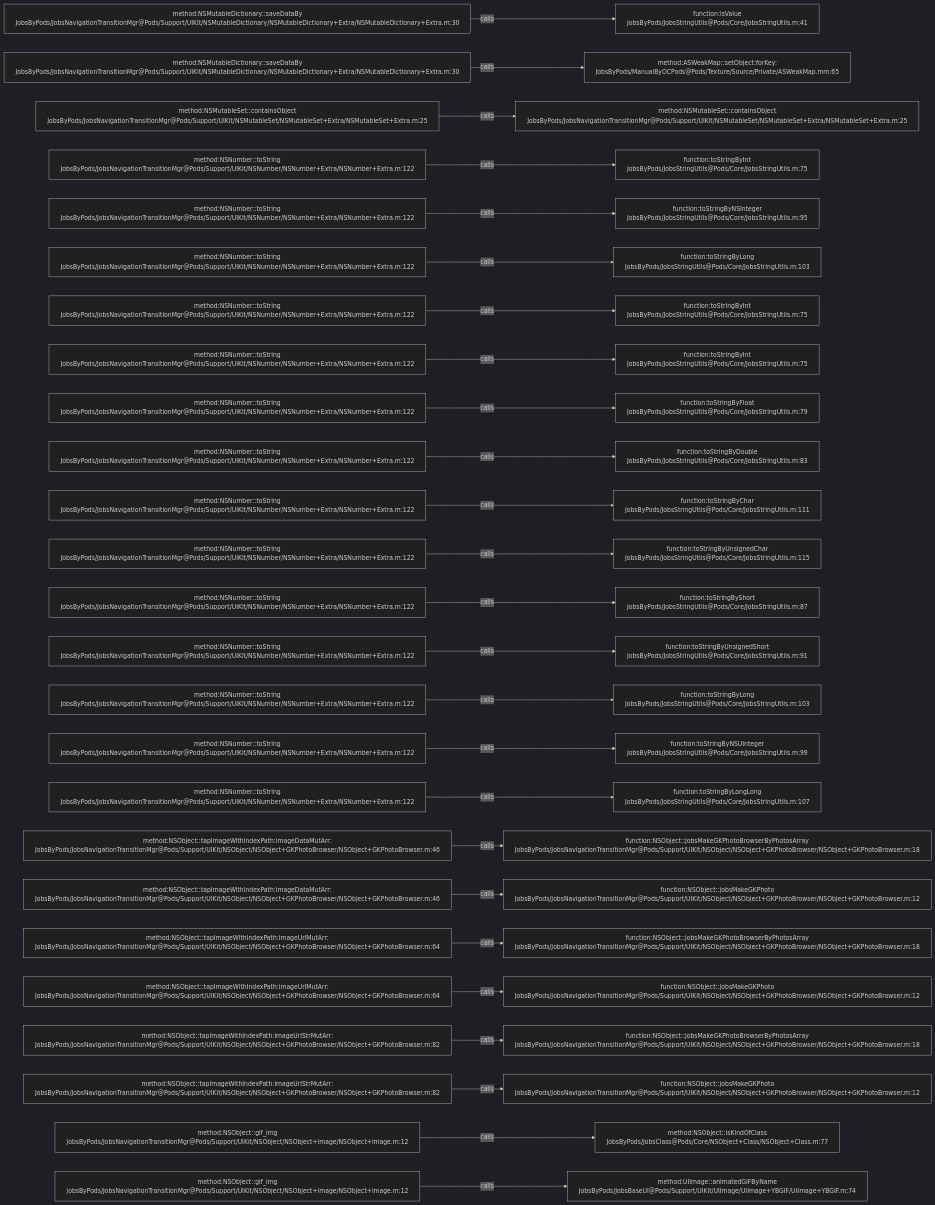
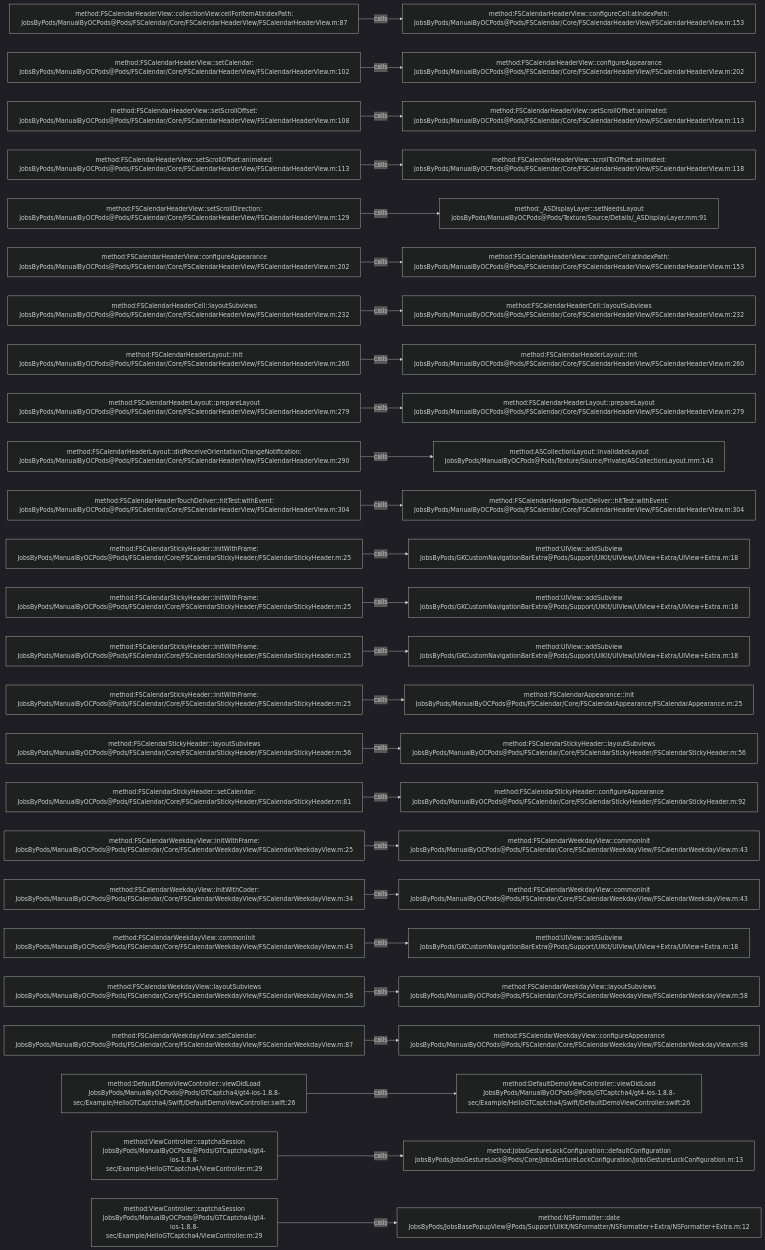
Before and after one commit to JobsKits/JobsOCBaseConfigDemo: the diagram in .codegraph/codegraph.md/graphs/calls-124.md, drawn with Mermaid (dark theme). The commit also changed 573 other files, not shown here.

````diff
--- a/.codegraph/codegraph.md/graphs/calls-124.md
+++ b/.codegraph/codegraph.md/graphs/calls-124.md
@@ -13,78 +13,78 @@
 ```mermaid
 flowchart LR
-  S1["method:NSMutableDictionary::saveDataBy<br/>JobsByPods/JobsNavigationTransitionMgr@Pods/Support/UIKit/NSMutableDictionary/NSMutableDictionary+Extra/NSMutableDictionary+Extra.m:30"]
-  T1["function:isValue<br/>JobsByPods/JobsStringUtils@Pods/Core/JobsStringUtils.m:41"]
+  S1["method:FSCalendarHeaderView::collectionView:cellForItemAtIndexPath:<br/>JobsByPods/ManualByOCPods@Pods/FSCalendar/Core/FSCalendarHeaderView/FSCalendarHeaderView.m:87"]
+  T1["method:FSCalendarHeaderView::configureCell:atIndexPath:<br/>JobsByPods/ManualByOCPods@Pods/FSCalendar/Core/FSCalendarHeaderView/FSCalendarHeaderView.m:153"]
   S1 -->|calls| T1
-  S2["method:NSMutableDictionary::saveDataBy<br/>JobsByPods/JobsNavigationTransitionMgr@Pods/Support/UIKit/NSMutableDictionary/NSMutableDictionary+Extra/NSMutableDictionary+Extra.m:30"]
-  T2["method:ASWeakMap::setObject:forKey:<br/>JobsByPods/ManualByOCPods@Pods/Texture/Source/Private/ASWeakMap.mm:65"]
+  S2["method:FSCalendarHeaderView::setCalendar:<br/>JobsByPods/ManualByOCPods@Pods/FSCalendar/Core/FSCalendarHeaderView/FSCalendarHeaderView.m:102"]
+  T2["method:FSCalendarHeaderView::configureAppearance<br/>JobsByPods/ManualByOCPods@Pods/FSCalendar/Core/FSCalendarHeaderView/FSCalendarHeaderView.m:202"]
   S2 -->|calls| T2
-  S3["method:NSMutableSet::containsObject<br/>JobsByPods/JobsNavigationTransitionMgr@Pods/Support/UIKit/NSMutableSet/NSMutableSet+Extra/NSMutableSet+Extra.m:25"]
-  T3["method:NSMutableSet::containsObject<br/>JobsByPods/JobsNavigationTransitionMgr@Pods/Support/UIKit/NSMutableSet/NSMutableSet+Extra/NSMutableSet+Extra.m:25"]
+  S3["method:FSCalendarHeaderView::setScrollOffset:<br/>JobsByPods/ManualByOCPods@Pods/FSCalendar/Core/FSCalendarHeaderView/FSCalendarHeaderView.m:108"]
+  T3["method:FSCalendarHeaderView::setScrollOffset:animated:<br/>JobsByPods/ManualByOCPods@Pods/FSCalendar/Core/FSCalendarHeaderView/FSCalendarHeaderView.m:113"]
   S3 -->|calls| T3
-  S4["method:NSNumber::toString<br/>JobsByPods/JobsNavigationTransitionMgr@Pods/Support/UIKit/NSNumber/NSNumber+Extra/NSNumber+Extra.m:122"]
-  T4["function:toStringByInt<br/>JobsByPods/JobsStringUtils@Pods/Core/JobsStringUtils.m:75"]
+  S4["method:FSCalendarHeaderView::setScrollOffset:animated:<br/>JobsByPods/ManualByOCPods@Pods/FSCalendar/Core/FSCalendarHeaderView/FSCalendarHeaderView.m:113"]
+  T4["method:FSCalendarHeaderView::scrollToOffset:animated:<br/>JobsByPods/ManualByOCPods@Pods/FSCalendar/Core/FSCalendarHeaderView/FSCalendarHeaderView.m:118"]
   S4 -->|calls| T4
-  S5["method:NSNumber::toString<br/>JobsByPods/JobsNavigationTransitionMgr@Pods/Support/UIKit/NSNumber/NSNumber+Extra/NSNumber+Extra.m:122"]
-  T5["function:toStringByNSInteger<br/>JobsByPods/JobsStringUtils@Pods/Core/JobsStringUtils.m:95"]
+  S5["method:FSCalendarHeaderView::setScrollDirection:<br/>JobsByPods/ManualByOCPods@Pods/FSCalendar/Core/FSCalendarHeaderView/FSCalendarHeaderView.m:129"]
+  T5["method:_ASDisplayLayer::setNeedsLayout<br/>JobsByPods/ManualByOCPods@Pods/Texture/Source/Details/_ASDisplayLayer.mm:91"]
   S5 -->|calls| T5
-  S6["method:NSNumber::toString<br/>JobsByPods/JobsNavigationTransitionMgr@Pods/Support/UIKit/NSNumber/NSNumber+Extra/NSNumber+Extra.m:122"]
-  T6["function:toStringByLong<br/>JobsByPods/JobsStringUtils@Pods/Core/JobsStringUtils.m:103"]
+  S6["method:FSCalendarHeaderView::configureAppearance<br/>JobsByPods/ManualByOCPods@Pods/FSCalendar/Core/FSCalendarHeaderView/FSCalendarHeaderView.m:202"]
+  T6["method:FSCalendarHeaderView::configureCell:atIndexPath:<br/>JobsByPods/ManualByOCPods@Pods/FSCalendar/Core/FSCalendarHeaderView/FSCalendarHeaderView.m:153"]
   S6 -->|calls| T6
-  S7["method:NSNumber::toString<br/>JobsByPods/JobsNavigationTransitionMgr@Pods/Support/UIKit/NSNumber/NSNumber+Extra/NSNumber+Extra.m:122"]
-  T7["function:toStringByInt<br/>JobsByPods/JobsStringUtils@Pods/Core/JobsStringUtils.m:75"]
+  S7["method:FSCalendarHeaderCell::layoutSubviews<br/>JobsByPods/ManualByOCPods@Pods/FSCalendar/Core/FSCalendarHeaderView/FSCalendarHeaderView.m:232"]
+  T7["method:FSCalendarHeaderCell::layoutSubviews<br/>JobsByPods/ManualByOCPods@Pods/FSCalendar/Core/FSCalendarHeaderView/FSCalendarHeaderView.m:232"]
   S7 -->|calls| T7
-  S8["method:NSNumber::toString<br/>JobsByPods/JobsNavigationTransitionMgr@Pods/Support/UIKit/NSNumber/NSNumber+Extra/NSNumber+Extra.m:122"]
-  T8["function:toStringByInt<br/>JobsByPods/JobsStringUtils@Pods/Core/JobsStringUtils.m:75"]
+  S8["method:FSCalendarHeaderLayout::init<br/>JobsByPods/ManualByOCPods@Pods/FSCalendar/Core/FSCalendarHeaderView/FSCalendarHeaderView.m:260"]
+  T8["method:FSCalendarHeaderLayout::init<br/>JobsByPods/ManualByOCPods@Pods/FSCalendar/Core/FSCalendarHeaderView/FSCalendarHeaderView.m:260"]
   S8 -->|calls| T8
-  S9["method:NSNumber::toString<br/>JobsByPods/JobsNavigationTransitionMgr@Pods/Support/UIKit/NSNumber/NSNumber+Extra/NSNumber+Extra.m:122"]
-  T9["function:toStringByFloat<br/>JobsByPods/JobsStringUtils@Pods/Core/JobsStringUtils.m:79"]
+  S9["method:FSCalendarHeaderLayout::prepareLayout<br/>JobsByPods/ManualByOCPods@Pods/FSCalendar/Core/FSCalendarHeaderView/FSCalendarHeaderView.m:279"]
+  T9["method:FSCalendarHeaderLayout::prepareLayout<br/>JobsByPods/ManualByOCPods@Pods/FSCalendar/Core/FSCalendarHeaderView/FSCalendarHeaderView.m:279"]
   S9 -->|calls| T9
-  S10["method:NSNumber::toString<br/>JobsByPods/JobsNavigationTransitionMgr@Pods/Support/UIKit/NSNumber/NSNumber+Extra/NSNumber+Extra.m:122"]
-  T10["function:toStringByDouble<br/>JobsByPods/JobsStringUtils@Pods/Core/JobsStringUtils.m:83"]
+  S10["method:FSCalendarHeaderLayout::didReceiveOrientationChangeNotification:<br/>JobsByPods/ManualByOCPods@Pods/FSCalendar/Core/FSCalendarHeaderView/FSCalendarHeaderView.m:290"]
+  T10["method:ASCollectionLayout::invalidateLayout<br/>JobsByPods/ManualByOCPods@Pods/Texture/Source/Private/ASCollectionLayout.mm:143"]
   S10 -->|calls| T10
-  S11["method:NSNumber::toString<br/>JobsByPods/JobsNavigationTransitionMgr@Pods/Support/UIKit/NSNumber/NSNumber+Extra/NSNumber+Extra.m:122"]
-  T11["function:toStringByChar<br/>JobsByPods/JobsStringUtils@Pods/Core/JobsStringUtils.m:111"]
+  S11["method:FSCalendarHeaderTouchDeliver::hitTest:withEvent:<br/>JobsByPods/ManualByOCPods@Pods/FSCalendar/Core/FSCalendarHeaderView/FSCalendarHeaderView.m:304"]
+  T11["method:FSCalendarHeaderTouchDeliver::hitTest:withEvent:<br/>JobsByPods/ManualByOCPods@Pods/FSCalendar/Core/FSCalendarHeaderView/FSCalendarHeaderView.m:304"]
   S11 -->|calls| T11
-  S12["method:NSNumber::toString<br/>JobsByPods/JobsNavigationTransitionMgr@Pods/Support/UIKit/NSNumber/NSNumber+Extra/NSNumber+Extra.m:122"]
-  T12["function:toStringByUnsignedChar<br/>JobsByPods/JobsStringUtils@Pods/Core/JobsStringUtils.m:115"]
+  S12["method:FSCalendarStickyHeader::initWithFrame:<br/>JobsByPods/ManualByOCPods@Pods/FSCalendar/Core/FSCalendarStickyHeader/FSCalendarStickyHeader.m:25"]
+  T12["method:UIView::addSubview<br/>JobsByPods/GKCustomNavigationBarExtra@Pods/Support/UIKit/UIView/UIView+Extra/UIView+Extra.m:18"]
   S12 -->|calls| T12
-  S13["method:NSNumber::toString<br/>JobsByPods/JobsNavigationTransitionMgr@Pods/Support/UIKit/NSNumber/NSNumber+Extra/NSNumber+Extra.m:122"]
-  T13["function:toStringByShort<br/>JobsByPods/JobsStringUtils@Pods/Core/JobsStringUtils.m:87"]
+  S13["method:FSCalendarStickyHeader::initWithFrame:<br/>JobsByPods/ManualByOCPods@Pods/FSCalendar/Core/FSCalendarStickyHeader/FSCalendarStickyHeader.m:25"]
+  T13["method:UIView::addSubview<br/>JobsByPods/GKCustomNavigationBarExtra@Pods/Support/UIKit/UIView/UIView+Extra/UIView+Extra.m:18"]
   S13 -->|calls| T13
-  S14["method:NSNumber::toString<br/>JobsByPods/JobsNavigationTransitionMgr@Pods/Support/UIKit/NSNumber/NSNumber+Extra/NSNumber+Extra.m:122"]
-  T14["function:toStringByUnsignedShort<br/>JobsByPods/JobsStringUtils@Pods/Core/JobsStringUtils.m:91"]
+  S14["method:FSCalendarStickyHeader::initWithFrame:<br/>JobsByPods/ManualByOCPods@Pods/FSCalendar/Core/FSCalendarStickyHeader/FSCalendarStickyHeader.m:25"]
+  T14["method:UIView::addSubview<br/>JobsByPods/GKCustomNavigationBarExtra@Pods/Support/UIKit/UIView/UIView+Extra/UIView+Extra.m:18"]
   S14 -->|calls| T14
-  S15["method:NSNumber::toString<br/>JobsByPods/JobsNavigationTransitionMgr@Pods/Support/UIKit/NSNumber/NSNumber+Extra/NSNumber+Extra.m:122"]
-  T15["function:toStringByLong<br/>JobsByPods/JobsStringUtils@Pods/Core/JobsStringUtils.m:103"]
+  S15["method:FSCalendarStickyHeader::initWithFrame:<br/>JobsByPods/ManualByOCPods@Pods/FSCalendar/Core/FSCalendarStickyHeader/FSCalendarStickyHeader.m:25"]
+  T15["method:FSCalendarAppearance::init<br/>JobsByPods/ManualByOCPods@Pods/FSCalendar/Core/FSCalendarAppearance/FSCalendarAppearance.m:25"]
   S15 -->|calls| T15
-  S16["method:NSNumber::toString<br/>JobsByPods/JobsNavigationTransitionMgr@Pods/Support/UIKit/NSNumber/NSNumber+Extra/NSNumber+Extra.m:122"]
-  T16["function:toStringByNSUInteger<br/>JobsByPods/JobsStringUtils@Pods/Core/JobsStringUtils.m:99"]
+  S16["method:FSCalendarStickyHeader::layoutSubviews<br/>JobsByPods/ManualByOCPods@Pods/FSCalendar/Core/FSCalendarStickyHeader/FSCalendarStickyHeader.m:56"]
+  T16["method:FSCalendarStickyHeader::layoutSubviews<br/>JobsByPods/ManualByOCPods@Pods/FSCalendar/Core/FSCalendarStickyHeader/FSCalendarStickyHeader.m:56"]
   S16 -->|calls| T16
-  S17["method:NSNumber::toString<br/>JobsByPods/JobsNavigationTransitionMgr@Pods/Support/UIKit/NSNumber/NSNumber+Extra/NSNumber+Extra.m:122"]
-  T17["function:toStringByLongLong<br/>JobsByPods/JobsStringUtils@Pods/Core/JobsStringUtils.m:107"]
+  S17["method:FSCalendarStickyHeader::setCalendar:<br/>JobsByPods/ManualByOCPods@Pods/FSCalendar/Core/FSCalendarStickyHeader/FSCalendarStickyHeader.m:81"]
+  T17["method:FSCalendarStickyHeader::configureAppearance<br/>JobsByPods/ManualByOCPods@Pods/FSCalendar/Core/FSCalendarStickyHeader/FSCalendarStickyHeader.m:92"]
   S17 -->|calls| T17
-  S18["method:NSObject::tapImageWithIndexPath:imageDataMutArr:<br/>JobsByPods/JobsNavigationTransitionMgr@Pods/Support/UIKit/NSObject/NSObject+GKPhotoBrowser/NSObject+GKPhotoBrowser.m:46"]
-  T18["function:NSObject::jobsMakeGKPhotoBrowserByPhotosArray<br/>JobsByPods/JobsNavigationTransitionMgr@Pods/Support/UIKit/NSObject/NSObject+GKPhotoBrowser/NSObject+GKPhotoBrowser.m:18"]
+  S18["method:FSCalendarWeekdayView::initWithFrame:<br/>JobsByPods/ManualByOCPods@Pods/FSCalendar/Core/FSCalendarWeekdayView/FSCalendarWeekdayView.m:25"]
+  T18["method:FSCalendarWeekdayView::commonInit<br/>JobsByPods/ManualByOCPods@Pods/FSCalendar/Core/FSCalendarWeekdayView/FSCalendarWeekdayView.m:43"]
   S18 -->|calls| T18
-  S19["method:NSObject::tapImageWithIndexPath:imageDataMutArr:<br/>JobsByPods/JobsNavigationTransitionMgr@Pods/Support/UIKit/NSObject/NSObject+GKPhotoBrowser/NSObject+GKPhotoBrowser.m:46"]
-  T19["function:NSObject::jobsMakeGKPhoto<br/>JobsByPods/JobsNavigationTransitionMgr@Pods/Support/UIKit/NSObject/NSObject+GKPhotoBrowser/NSObject+GKPhotoBrowser.m:12"]
+  S19["method:FSCalendarWeekdayView::initWithCoder:<br/>JobsByPods/ManualByOCPods@Pods/FSCalendar/Core/FSCalendarWeekdayView/FSCalendarWeekdayView.m:34"]
+  T19["method:FSCalendarWeekdayView::commonInit<br/>JobsByPods/ManualByOCPods@Pods/FSCalendar/Core/FSCalendarWeekdayView/FSCalendarWeekdayView.m:43"]
   S19 -->|calls| T19
-  S20["method:NSObject::tapImageWithIndexPath:imageUrlMutArr:<br/>JobsByPods/JobsNavigationTransitionMgr@Pods/Support/UIKit/NSObject/NSObject+GKPhotoBrowser/NSObject+GKPhotoBrowser.m:64"]
-  T20["function:NSObject::jobsMakeGKPhotoBrowserByPhotosArray<br/>JobsByPods/JobsNavigationTransitionMgr@Pods/Support/UIKit/NSObject/NSObject+GKPhotoBrowser/NSObject+GKPhotoBrowser.m:18"]
+  S20["method:FSCalendarWeekdayView::commonInit<br/>JobsByPods/ManualByOCPods@Pods/FSCalendar/Core/FSCalendarWeekdayView/FSCalendarWeekdayView.m:43"]
+  T20["method:UIView::addSubview<br/>JobsByPods/GKCustomNavigationBarExtra@Pods/Support/UIKit/UIView/UIView+Extra/UIView+Extra.m:18"]
   S20 -->|calls| T20
-  S21["method:NSObject::tapImageWithIndexPath:imageUrlMutArr:<br/>JobsByPods/JobsNavigationTransitionMgr@Pods/Support/UIKit/NSObject/NSObject+GKPhotoBrowser/NSObject+GKPhotoBrowser.m:64"]
-  T21["function:NSObject::jobsMakeGKPhoto<br/>JobsByPods/JobsNavigationTransitionMgr@Pods/Support/UIKit/NSObject/NSObject+GKPhotoBrowser/NSObject+GKPhotoBrowser.m:12"]
+  S21["method:FSCalendarWeekdayView::layoutSubviews<br/>JobsByPods/ManualByOCPods@Pods/FSCalendar/Core/FSCalendarWeekdayView/FSCalendarWeekdayView.m:58"]
+  T21["method:FSCalendarWeekdayView::layoutSubviews<br/>JobsByPods/ManualByOCPods@Pods/FSCalendar/Core/FSCalendarWeekdayView/FSCalendarWeekdayView.m:58"]
   S21 -->|calls| T21
-  S22["method:NSObject::tapImageWithIndexPath:imageUrlStrMutArr:<br/>JobsByPods/JobsNavigationTransitionMgr@Pods/Support/UIKit/NSObject/NSObject+GKPhotoBrowser/NSObject+GKPhotoBrowser.m:82"]
-  T22["function:NSObject::jobsMakeGKPhotoBrowserByPhotosArray<br/>JobsByPods/JobsNavigationTransitionMgr@Pods/Support/UIKit/NSObject/NSObject+GKPhotoBrowser/NSObject+GKPhotoBrowser.m:18"]
+  S22["method:FSCalendarWeekdayView::setCalendar:<br/>JobsByPods/ManualByOCPods@Pods/FSCalendar/Core/FSCalendarWeekdayView/FSCalendarWeekdayView.m:87"]
+  T22["method:FSCalendarWeekdayView::configureAppearance<br/>JobsByPods/ManualByOCPods@Pods/FSCalendar/Core/FSCalendarWeekdayView/FSCalendarWeekdayView.m:98"]
   S22 -->|calls| T22
-  S23["method:NSObject::tapImageWithIndexPath:imageUrlStrMutArr:<br/>JobsByPods/JobsNavigationTransitionMgr@Pods/Support/UIKit/NSObject/NSObject+GKPhotoBrowser/NSObject+GKPhotoBrowser.m:82"]
-  T23["function:NSObject::jobsMakeGKPhoto<br/>JobsByPods/JobsNavigationTransitionMgr@Pods/Support/UIKit/NSObject/NSObject+GKPhotoBrowser/NSObject+GKPhotoBrowser.m:12"]
+  S23["method:DefaultDemoViewController::viewDidLoad<br/>JobsByPods/ManualByOCPods@Pods/GTCaptcha4/gt4-ios-1.8.8-sec/Example/HelloGTCaptcha4/Swift/DefaultDemoViewController.swift:26"]
+  T23["method:DefaultDemoViewController::viewDidLoad<br/>JobsByPods/ManualByOCPods@Pods/GTCaptcha4/gt4-ios-1.8.8-sec/Example/HelloGTCaptcha4/Swift/DefaultDemoViewController.swift:26"]
   S23 -->|calls| T23
-  S24["method:NSObject::gif_img<br/>JobsByPods/JobsNavigationTransitionMgr@Pods/Support/UIKit/NSObject/NSObject+image/NSObject+image.m:12"]
-  T24["method:NSObject::isKindOfClass<br/>JobsByPods/JobsClass@Pods/Core/NSObject+Class/NSObject+Class.m:77"]
+  S24["method:ViewController::captchaSession<br/>JobsByPods/ManualByOCPods@Pods/GTCaptcha4/gt4-ios-1.8.8-sec/Example/HelloGTCaptcha4/ViewController.m:29"]
+  T24["method:JobsGestureLockConfiguration::defaultConfiguration<br/>JobsByPods/JobsGestureLock@Pods/Core/JobsGestureLockConfiguration/JobsGestureLockConfiguration.m:13"]
   S24 -->|calls| T24
-  S25["method:NSObject::gif_img<br/>JobsByPods/JobsNavigationTransitionMgr@Pods/Support/UIKit/NSObject/NSObject+image/NSObject+image.m:12"]
-  T25["method:UIImage::animatedGIFByName<br/>JobsByPods/JobsBaseUI@Pods/Support/UIKit/UIImage/UIImage+YBGIF/UIImage+YBGIF.m:74"]
+  S25["method:ViewController::captchaSession<br/>JobsByPods/ManualByOCPods@Pods/GTCaptcha4/gt4-ios-1.8.8-sec/Example/HelloGTCaptcha4/ViewController.m:29"]
+  T25["method:NSFormatter::date<br/>JobsByPods/JobsBasePopupView@Pods/Support/UIKit/NSFormatter/NSFormatter+Extra/NSFormatter+Extra.m:12"]
   S25 -->|calls| T25
 ```
````
